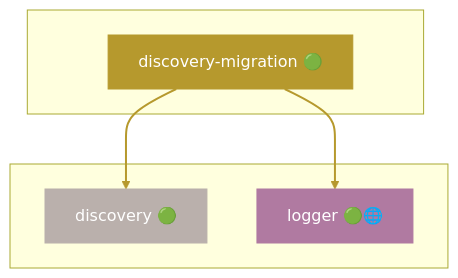
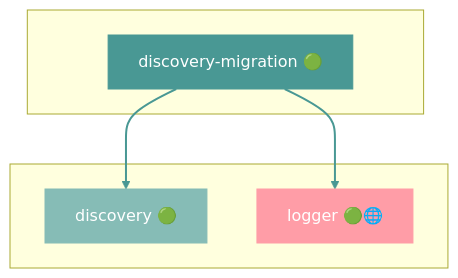
Diagram 15 of 43 in docs/DEPENDENCIES.md (grest-ts/grest-ts), drawn with Mermaid before and after one commit. The commit also changed other lines of this file and 14 other files, not shown here.

````diff
--- a/docs/DEPENDENCIES.md
+++ b/docs/DEPENDENCIES.md
@@ -807,17 +849,17 @@
 ```mermaid
 flowchart TB
     subgraph Package[" "]
         discovery-migration["discovery-migration 🟢"]
     end
     subgraph Dependencies[" "]
         discovery["discovery 🟢"]
         logger["logger 🟢🌐"]
     end
     discovery-migration --> discovery
     discovery-migration --> logger
-    style discovery-migration fill:#B6992D,stroke:#B6992D,color:#fff
-    style discovery fill:#BAB0AC,stroke:#BAB0AC,color:#fff
-    style logger fill:#B07AA1,stroke:#B07AA1,color:#fff
-    linkStyle 0 stroke:#B6992D,stroke-width:2px
-    linkStyle 1 stroke:#B6992D,stroke-width:2px
+    style discovery-migration fill:#499894,stroke:#499894,color:#fff
+    style discovery fill:#86BCB6,stroke:#86BCB6,color:#fff
+    style logger fill:#FF9DA7,stroke:#FF9DA7,color:#fff
+    linkStyle 0 stroke:#499894,stroke-width:2px
+    linkStyle 1 stroke:#499894,stroke-width:2px
 ```
````
